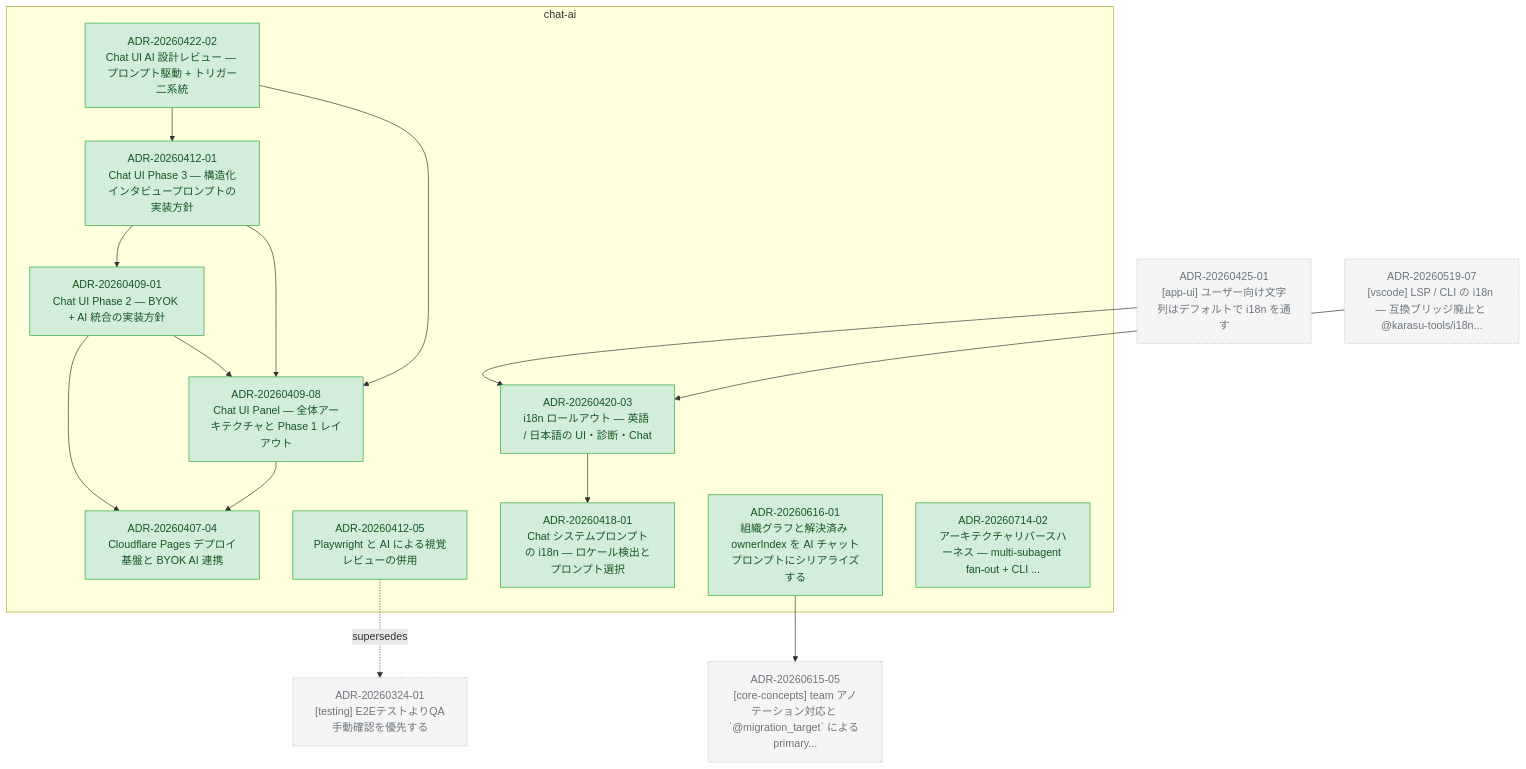
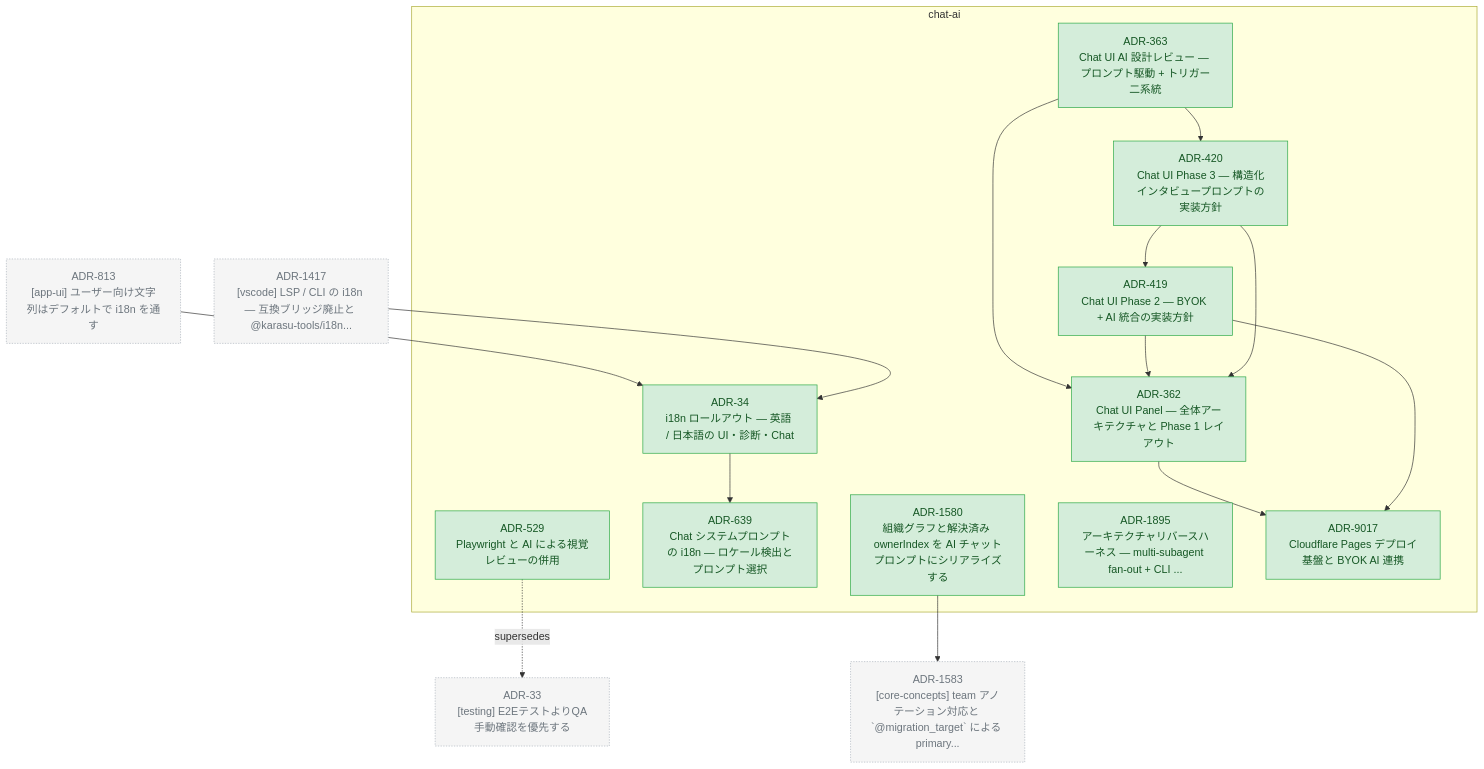
One commit to kompiro/karasu changed the diagram in docs/adr/graph/chat-ai.md. Above: the diagram before and after it, drawn with Mermaid. The commit also changed 836 other files, not shown here.

````diff
--- a/docs/adr/graph/chat-ai.md
+++ b/docs/adr/graph/chat-ai.md
@@ -6,52 +6,52 @@
 ```mermaid
 flowchart TD
   subgraph chat-ai["chat-ai"]
-    ADR_20260407_04["ADR-20260407-04<br/>Cloudflare Pages デプロイ基盤と BYOK AI 連携"]
-    ADR_20260409_01["ADR-20260409-01<br/>Chat UI Phase 2 — BYOK + AI 統合の実装方針"]
-    ADR_20260409_08["ADR-20260409-08<br/>Chat UI Panel — 全体アーキテクチャと Phase 1 レイアウト"]
-    ADR_20260412_01["ADR-20260412-01<br/>Chat UI Phase 3 — 構造化インタビュープロンプトの実装方針"]
-    ADR_20260412_05["ADR-20260412-05<br/>Playwright と AI による視覚レビューの併用"]
-    ADR_20260418_01["ADR-20260418-01<br/>Chat システムプロンプトの i18n — ロケール検出とプロンプト選択"]
-    ADR_20260420_03["ADR-20260420-03<br/>i18n ロールアウト — 英語 / 日本語の UI・診断・Chat"]
-    ADR_20260422_02["ADR-20260422-02<br/>Chat UI AI 設計レビュー — プロンプト駆動 + トリガー二系統"]
-    ADR_20260616_01["ADR-20260616-01<br/>組織グラフと解決済み ownerIndex を AI チャットプロンプトにシリアライズする"]
-    ADR_20260714_02["ADR-20260714-02<br/>アーキテクチャリバースハーネス — multi-subagent fan-out + CLI ..."]
+    ADR_34["ADR-34<br/>i18n ロールアウト — 英語 / 日本語の UI・診断・Chat"]
+    ADR_362["ADR-362<br/>Chat UI Panel — 全体アーキテクチャと Phase 1 レイアウト"]
+    ADR_363["ADR-363<br/>Chat UI AI 設計レビュー — プロンプト駆動 + トリガー二系統"]
+    ADR_419["ADR-419<br/>Chat UI Phase 2 — BYOK + AI 統合の実装方針"]
+    ADR_420["ADR-420<br/>Chat UI Phase 3 — 構造化インタビュープロンプトの実装方針"]
+    ADR_529["ADR-529<br/>Playwright と AI による視覚レビューの併用"]
+    ADR_639["ADR-639<br/>Chat システムプロンプトの i18n — ロケール検出とプロンプト選択"]
+    ADR_1580["ADR-1580<br/>組織グラフと解決済み ownerIndex を AI チャットプロンプトにシリアライズする"]
+    ADR_1895["ADR-1895<br/>アーキテクチャリバースハーネス — multi-subagent fan-out + CLI ..."]
+    ADR_9017["ADR-9017<br/>Cloudflare Pages デプロイ基盤と BYOK AI 連携"]
   end
-  ADR_20260324_01["ADR-20260324-01<br/>[testing] E2EテストよりQA手動確認を優先する"]
-  ADR_20260425_01["ADR-20260425-01<br/>[app-ui] ユーザー向け文字列はデフォルトで i18n を通す"]
-  ADR_20260519_07["ADR-20260519-07<br/>[vscode] LSP / CLI の i18n — 互換ブリッジ廃止と @karasu-tools/i18n..."]
-  ADR_20260615_05["ADR-20260615-05<br/>[core-concepts] team アノテーション対応と `@migration_target` による primary..."]
-  ADR_20260409_01 --> ADR_20260409_08
-  ADR_20260409_01 --> ADR_20260407_04
-  ADR_20260409_08 --> ADR_20260407_04
-  ADR_20260412_01 --> ADR_20260409_01
-  ADR_20260412_01 --> ADR_20260409_08
-  ADR_20260420_03 --> ADR_20260418_01
-  ADR_20260422_02 --> ADR_20260409_08
-  ADR_20260422_02 --> ADR_20260412_01
-  ADR_20260616_01 --> ADR_20260615_05
-  ADR_20260425_01 --> ADR_20260420_03
-  ADR_20260519_07 --> ADR_20260420_03
-  ADR_20260412_05 -.supersedes.-> ADR_20260324_01
+  ADR_33["ADR-33<br/>[testing] E2EテストよりQA手動確認を優先する"]
+  ADR_813["ADR-813<br/>[app-ui] ユーザー向け文字列はデフォルトで i18n を通す"]
+  ADR_1417["ADR-1417<br/>[vscode] LSP / CLI の i18n — 互換ブリッジ廃止と @karasu-tools/i18n..."]
+  ADR_1583["ADR-1583<br/>[core-concepts] team アノテーション対応と `@migration_target` による primary..."]
+  ADR_34 --> ADR_639
+  ADR_362 --> ADR_9017
+  ADR_363 --> ADR_362
+  ADR_363 --> ADR_420
+  ADR_419 --> ADR_362
+  ADR_419 --> ADR_9017
+  ADR_420 --> ADR_419
+  ADR_420 --> ADR_362
+  ADR_1580 --> ADR_1583
+  ADR_813 --> ADR_34
+  ADR_1417 --> ADR_34
+  ADR_529 -.supersedes.-> ADR_33
 
   classDef accepted fill:#d4edda,stroke:#28a745,color:#155724
   classDef proposed fill:#fff3cd,stroke:#ffc107,color:#856404
   classDef deprecated fill:#f8d7da,stroke:#dc3545,color:#721c24
   classDef superseded fill:#e2e3e5,stroke:#6c757d,color:#383d41
   classDef not_adopted fill:#e2e3e5,stroke:#6c757d,color:#383d41,stroke-dasharray:3 3
   classDef ghost fill:#f5f5f5,stroke:#adb5bd,color:#6c757d,stroke-dasharray:2 2
-  class ADR_20260407_04 accepted
-  class ADR_20260409_01 accepted
-  class ADR_20260409_08 accepted
-  class ADR_20260412_01 accepted
-  class ADR_20260412_05 accepted
-  class ADR_20260418_01 accepted
-  class ADR_20260420_03 accepted
-  class ADR_20260422_02 accepted
-  class ADR_20260616_01 accepted
-  class ADR_20260714_02 accepted
-  class ADR_20260324_01 ghost
-  class ADR_20260425_01 ghost
-  class ADR_20260519_07 ghost
-  class ADR_20260615_05 ghost
+  class ADR_34 accepted
+  class ADR_362 accepted
+  class ADR_363 accepted
+  class ADR_419 accepted
+  class ADR_420 accepted
+  class ADR_529 accepted
+  class ADR_639 accepted
+  class ADR_1580 accepted
+  class ADR_1895 accepted
+  class ADR_9017 accepted
+  class ADR_33 ghost
+  class ADR_813 ghost
+  class ADR_1417 ghost
+  class ADR_1583 ghost
 ```
````
